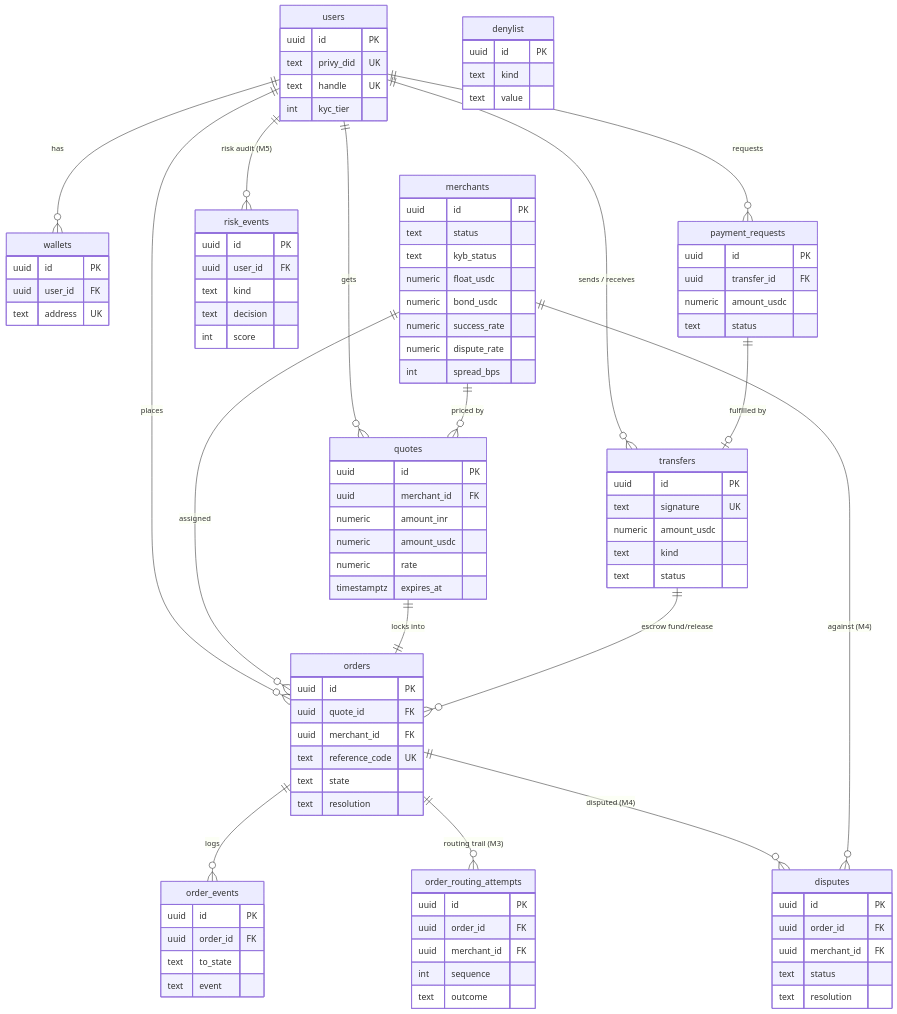
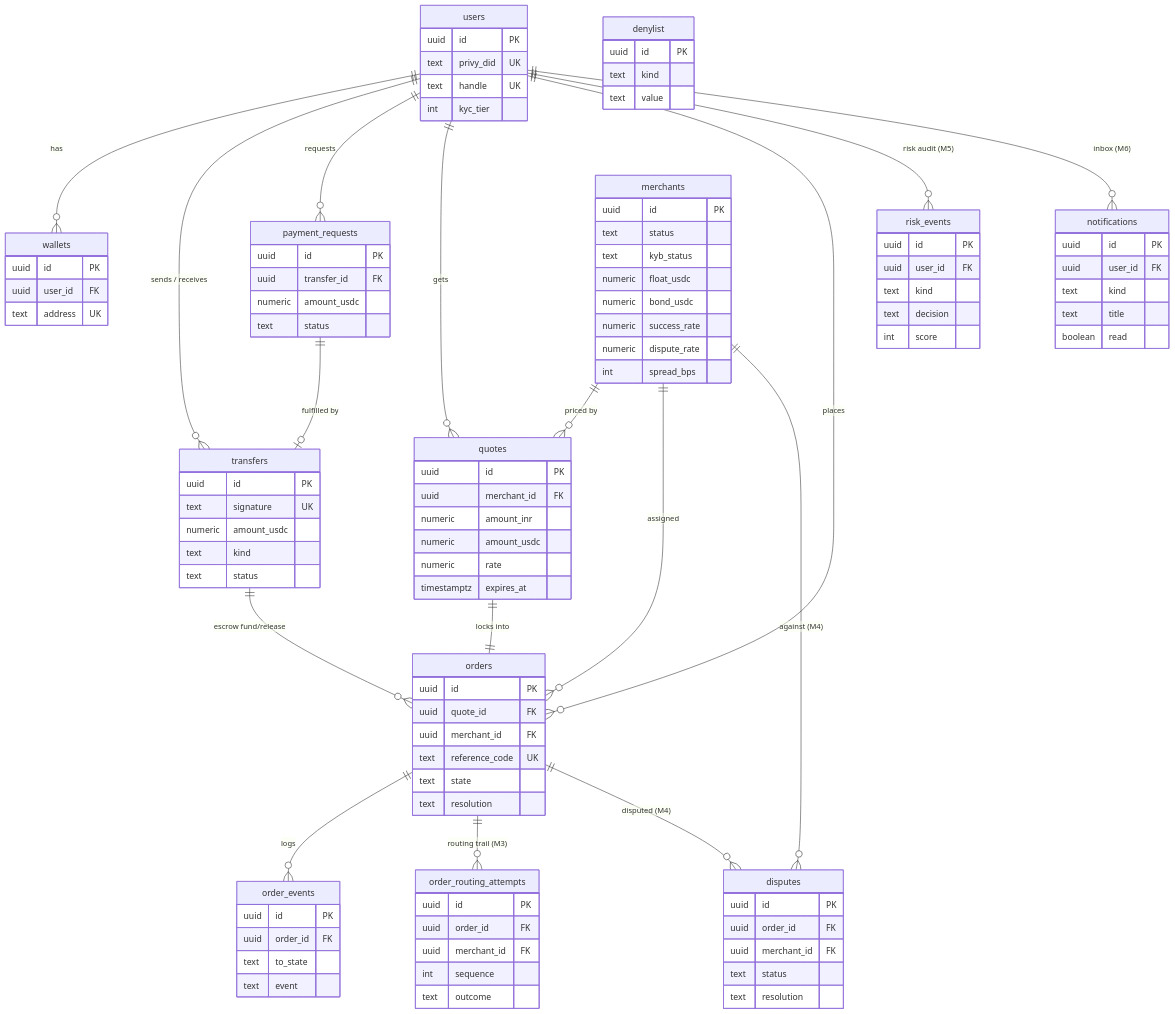
One commit to unabrijed/frenspay changed the diagram in monorepo/docs/10-data-model.md. Above: the diagram before and after it, drawn with Mermaid. The commit also changed other lines of this file and 9 other files, not shown here.

````diff
--- a/monorepo/docs/10-data-model.md
+++ b/monorepo/docs/10-data-model.md
@@ -17,6 +17,7 @@
     users ||--o{ quotes : gets
     users ||--o{ orders : places
     users ||--o{ risk_events : "risk audit (M5)"
+    users ||--o{ notifications : "inbox (M6)"
     merchants ||--o{ quotes : "priced by"
     merchants ||--o{ orders : assigned
     quotes ||--|| orders : "locks into"
@@ -109,4 +110,11 @@
         text decision
         int score
     }
+    notifications {
+        uuid id PK
+        uuid user_id FK
+        text kind
+        text title
+        boolean read
+    }
 ```
````
